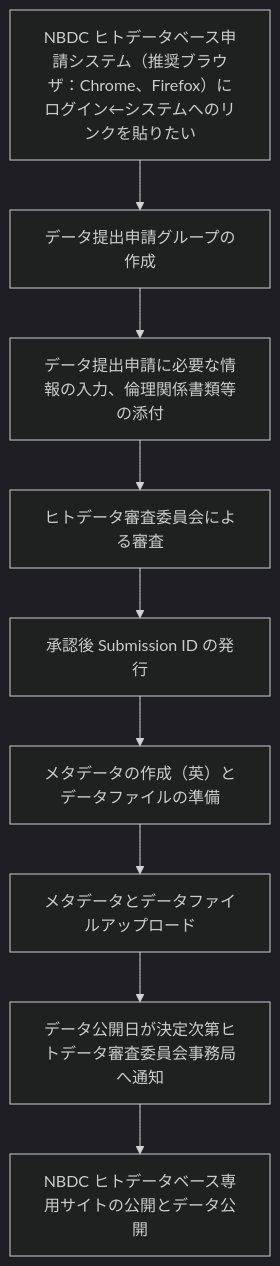
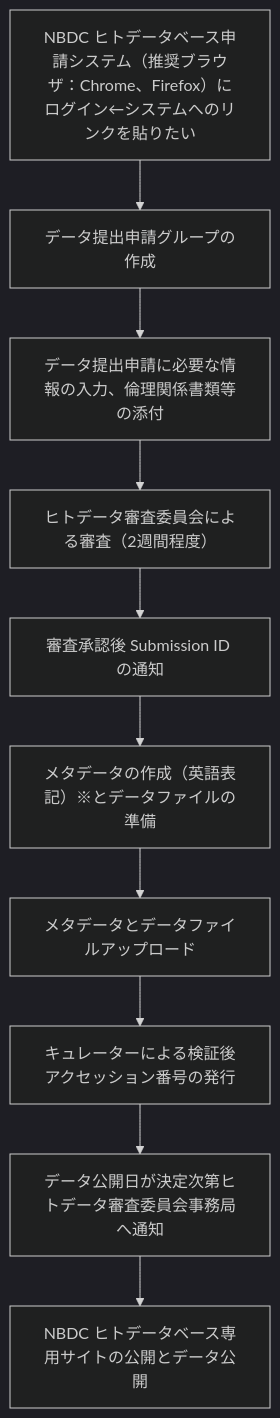
One commit to ddbj/db-portal changed the diagram in page-contents/jga/index.md. Above: the diagram before and after it, drawn with Mermaid (dark theme). The commit also changed other lines of this file, not shown here.

````diff
--- a/page-contents/jga/index.md
+++ b/page-contents/jga/index.md
@@ -60,14 +61,14 @@
 ```mermaid
 flowchart TD
   S1[NBDC ヒトデータベース申請システム（推奨ブラウザ：Chrome、Firefox）にログイン←システムへのリンクを貼りたい] 
   S2[データ提出申請グループの作成]
   S3[データ提出申請に必要な情報の入力、倫理関係書類等の添付]
-  S4[ヒトデータ審査委員会による審査]
-  S5[承認後 Submission ID の発行]
-  S6[メタデータの作成（英）とデータファイルの準備]
+  S4[ヒトデータ審査委員会による審査（2週間程度）]
+  S5[審査承認後 Submission ID の通知]
+  S6[メタデータの作成（英語表記）※とデータファイルの準備]
   S7[メタデータとデータファイルアップロード]
   S8[キュレーターによる検証後アクセッション番号の発行]
-  S8[データ公開日が決定次第ヒトデータ審査委員会事務局へ通知]
-  S9[NBDC ヒトデータベース専用サイトの公開とデータ公開]
-  S1 --> S2 --> S3 --> S4 --> S5 --> S6 --> S7 --> S8 --> S9
+  S9[データ公開日が決定次第ヒトデータ審査委員会事務局へ通知]
+  S10[NBDC ヒトデータベース専用サイトの公開とデータ公開]
+  S1 --> S2 --> S3 --> S4 --> S5 --> S6 --> S7 --> S8 --> S9 --> S10
 ```
````
